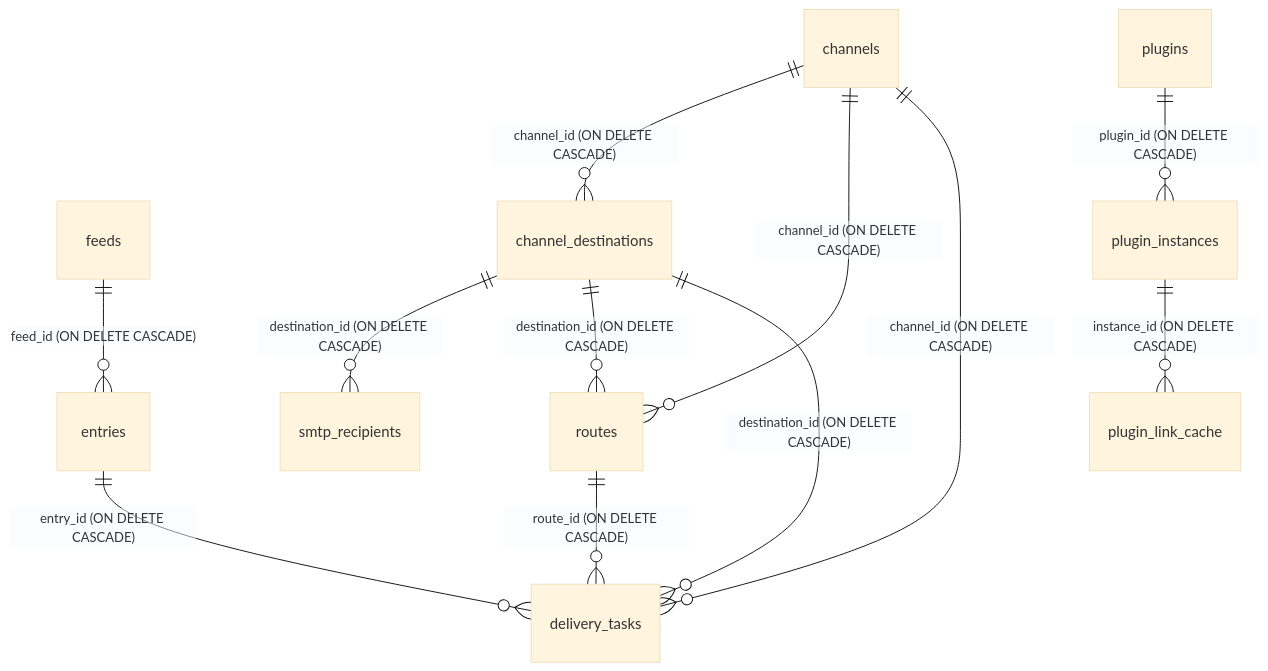
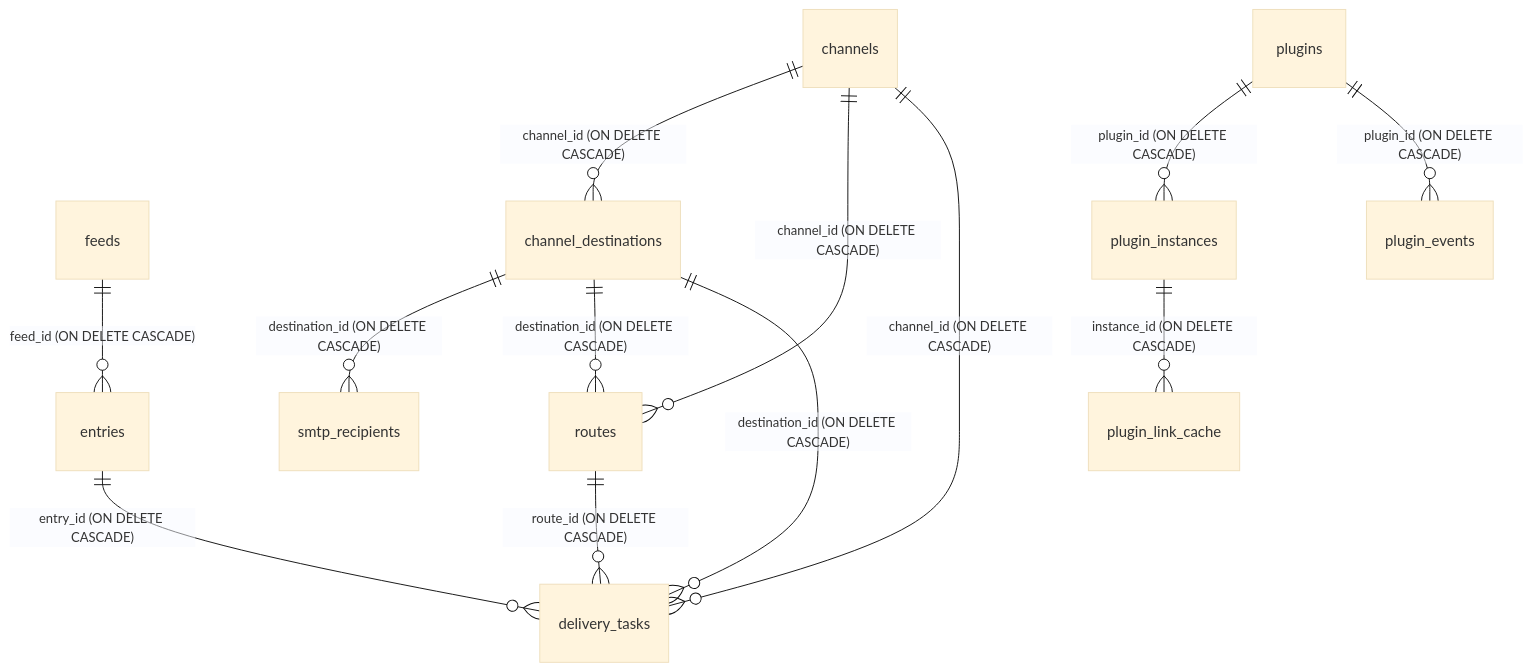
One commit to ElleryHe/FeedCourier changed the diagram in docs/reference/database-schema.md. Above: the diagram before and after it, drawn with Mermaid (base theme). The commit also changed other lines of this file and 74 other files, not shown here.

````diff
--- a/docs/reference/database-schema.md
+++ b/docs/reference/database-schema.md
@@ -19,14 +20,15 @@
 ```mermaid
 erDiagram
     feeds ||--o{ entries : "feed_id (ON DELETE CASCADE)"
     channels ||--o{ channel_destinations : "channel_id (ON DELETE CASCADE)"
     channel_destinations ||--o{ smtp_recipients : "destination_id (ON DELETE CASCADE)"
     channels ||--o{ routes : "channel_id (ON DELETE CASCADE)"
     channel_destinations ||--o{ routes : "destination_id (ON DELETE CASCADE)"
     routes ||--o{ delivery_tasks : "route_id (ON DELETE CASCADE)"
     channels ||--o{ delivery_tasks : "channel_id (ON DELETE CASCADE)"
     channel_destinations ||--o{ delivery_tasks : "destination_id (ON DELETE CASCADE)"
     entries ||--o{ delivery_tasks : "entry_id (ON DELETE CASCADE)"
     plugins ||--o{ plugin_instances : "plugin_id (ON DELETE CASCADE)"
     plugin_instances ||--o{ plugin_link_cache : "instance_id (ON DELETE CASCADE)"
+    plugins ||--o{ plugin_events : "plugin_id (ON DELETE CASCADE)"
 ```
````
